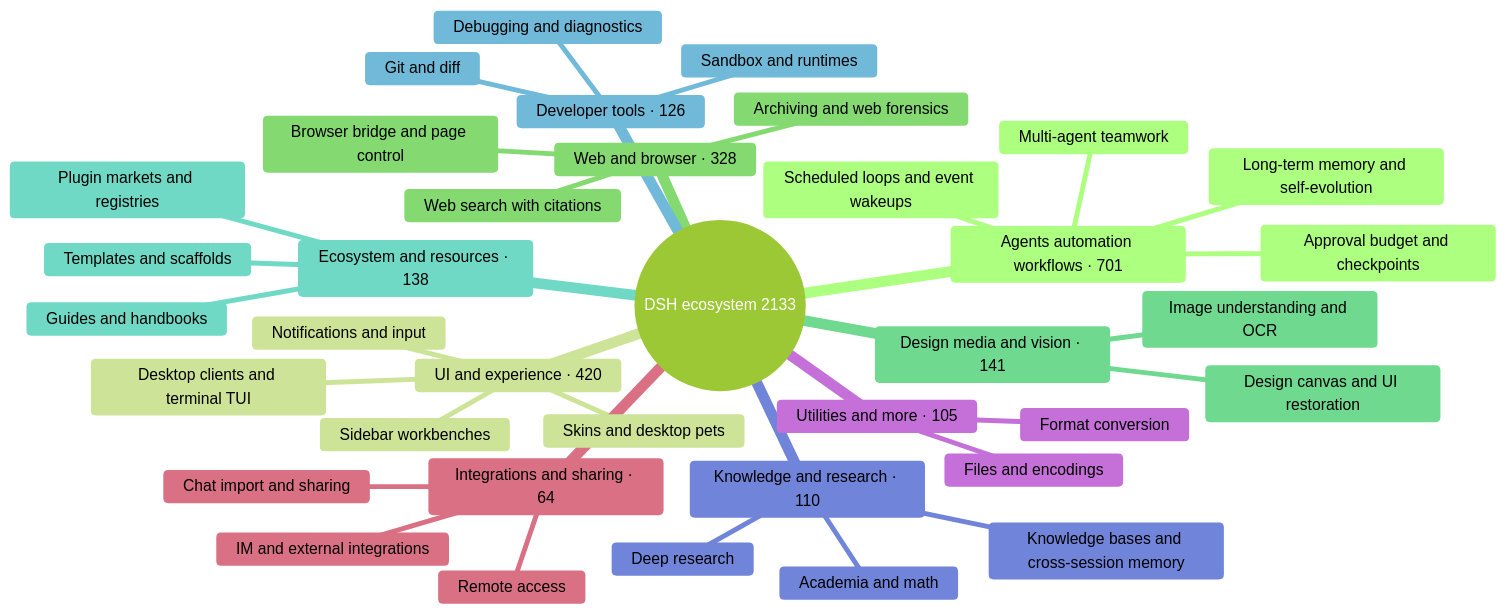
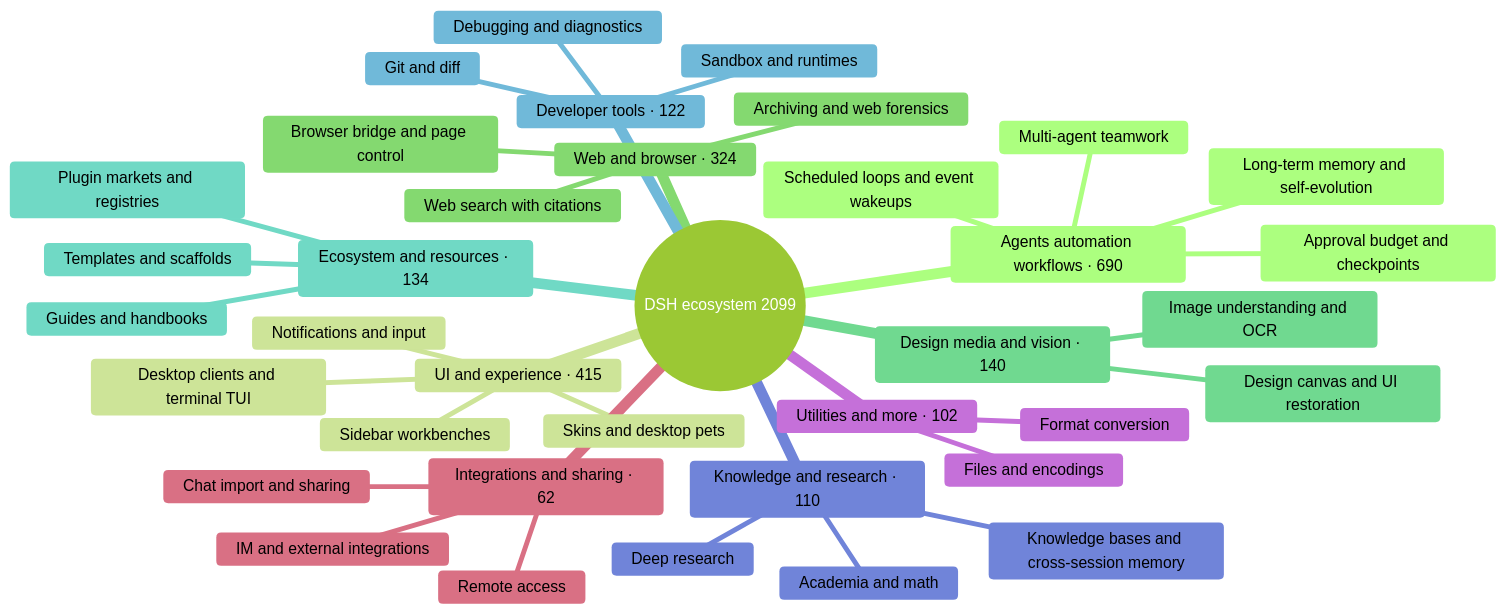
One commit to PGZXB/awesome-dsh-plugin-3 changed the diagram in README_EN.md. Above: the diagram before and after it, drawn with Mermaid (forest theme). The commit also changed other lines of this file and 5 other files, not shown here.

````diff
--- a/README_EN.md
+++ b/README_EN.md
@@ -32,40 +32,40 @@
 ```mermaid
 mindmap
-  root((DSH ecosystem 2133))
-    Agents automation workflows · 701
+  root((DSH ecosystem 2099))
+    Agents automation workflows · 690
       Scheduled loops and event wakeups
       Multi-agent teamwork
       Long-term memory and self-evolution
       Approval budget and checkpoints
-    UI and experience · 420
+    UI and experience · 415
       Desktop clients and terminal TUI
       Sidebar workbenches
       Skins and desktop pets
       Notifications and input
-    Web and browser · 328
+    Web and browser · 324
       Browser bridge and page control
       Web search with citations
       Archiving and web forensics
-    Design media and vision · 141
+    Design media and vision · 140
       Image understanding and OCR
       Design canvas and UI restoration
-    Ecosystem and resources · 138
+    Ecosystem and resources · 134
       Plugin markets and registries
       Templates and scaffolds
       Guides and handbooks
-    Developer tools · 126
+    Developer tools · 122
       Git and diff
       Sandbox and runtimes
       Debugging and diagnostics
     Knowledge and research · 110
       Knowledge bases and cross-session memory
       Deep research
       Academia and math
-    Utilities and more · 105
+    Utilities and more · 102
       Files and encodings
       Format conversion
-    Integrations and sharing · 64
+    Integrations and sharing · 62
       Chat import and sharing
       Remote access
       IM and external integrations
 ```
````
